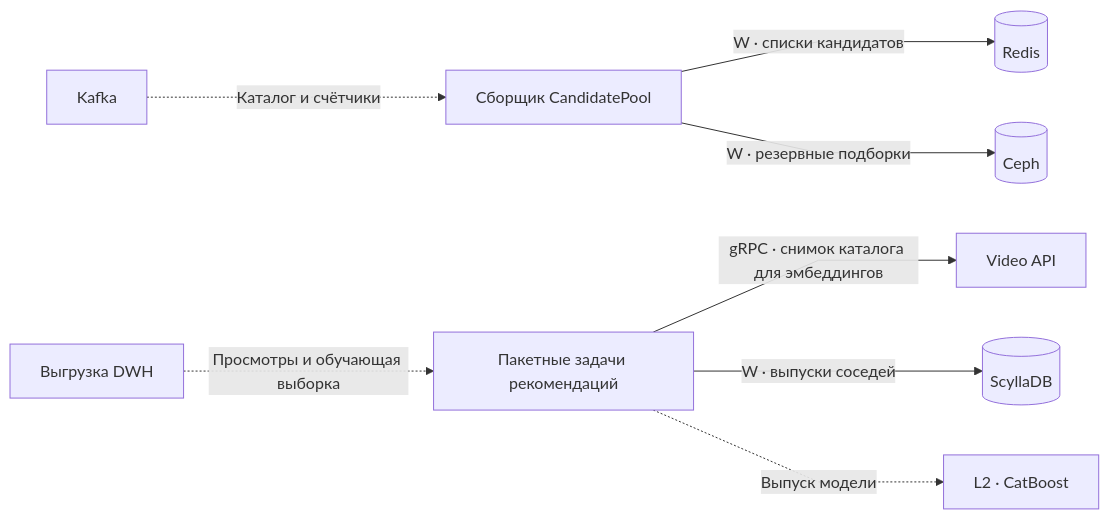
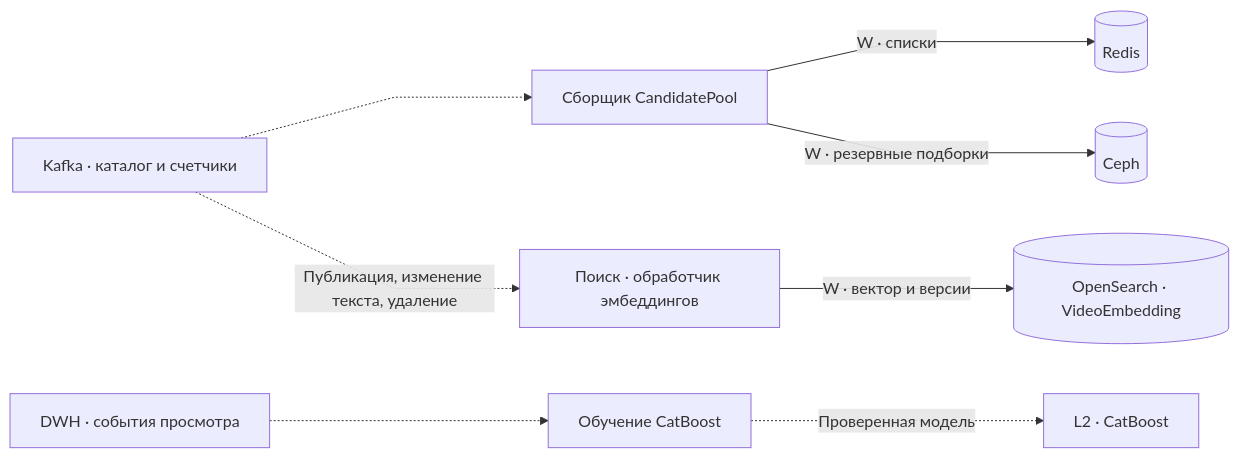
The tenth of 14 diagrams in README.md (pavel-ladygin/highload_tp), drawn with Mermaid before and after one commit. The commit also changed other lines of this file, not shown here.

````diff
--- a/README.md
+++ b/README.md
@@ -905,11 +887,11 @@
 ```mermaid
 %%{init: {"flowchart": {"curve": "linear"}}}%%
 flowchart LR
-    K["Kafka"] -. "Каталог и счётчики" .-> P["Сборщик CandidatePool"]
-    P -->|"W · списки кандидатов"| R[("Redis")]
+    K["Kafka · каталог и счетчики"] -.-> P["Сборщик CandidatePool"]
+    P -->|"W · списки"| R[("Redis")]
     P -->|"W · резервные подборки"| C[("Ceph")]
-    D["Выгрузка DWH"] -. "Просмотры и обучающая выборка" .-> B["Пакетные задачи рекомендаций"]
-    B -->|"gRPC · снимок каталога для эмбеддингов"| V["Video API"]
-    B -->|"W · выпуски соседей"| S[("ScyllaDB")]
-    B -. "Выпуск модели" .-> M["L2 · CatBoost"]
+    K -. "Публикация, изменение текста, удаление" .-> E["Поиск · обработчик эмбеддингов"]
+    E -->|"W · вектор и версии"| O[("OpenSearch · VideoEmbedding")]
+    D["DWH · события просмотра"] -.-> T["Обучение CatBoost"]
+    T -. "Проверенная модель" .-> M["L2 · CatBoost"]
 ```
````
